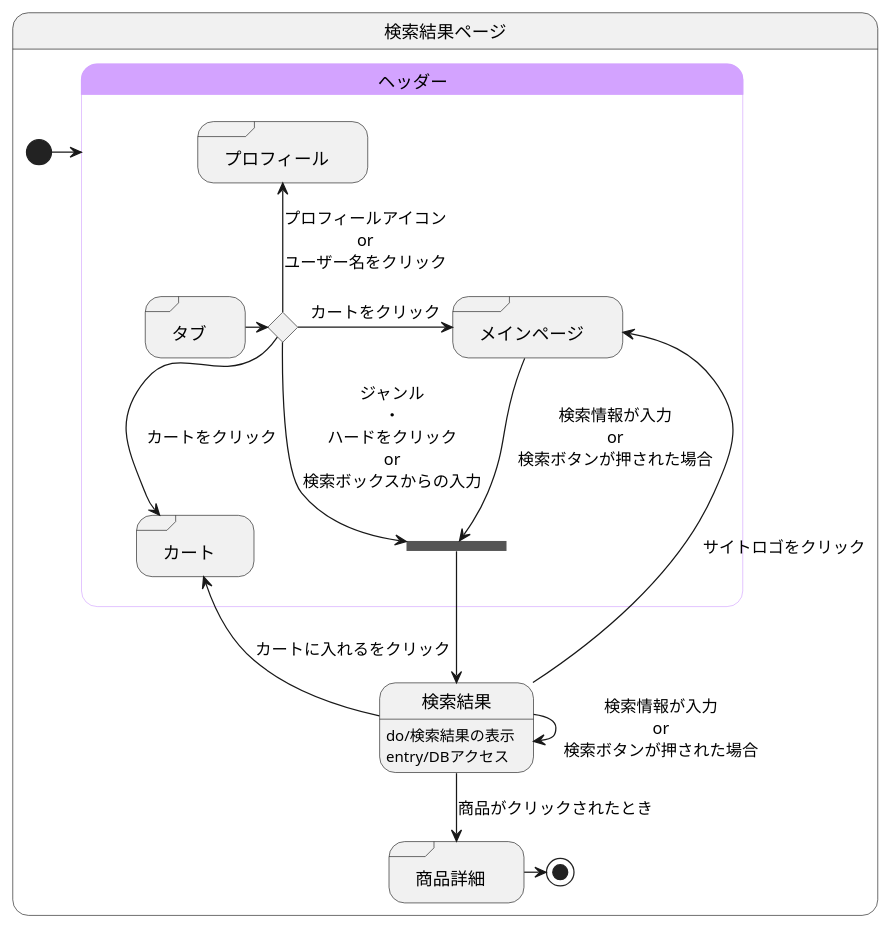
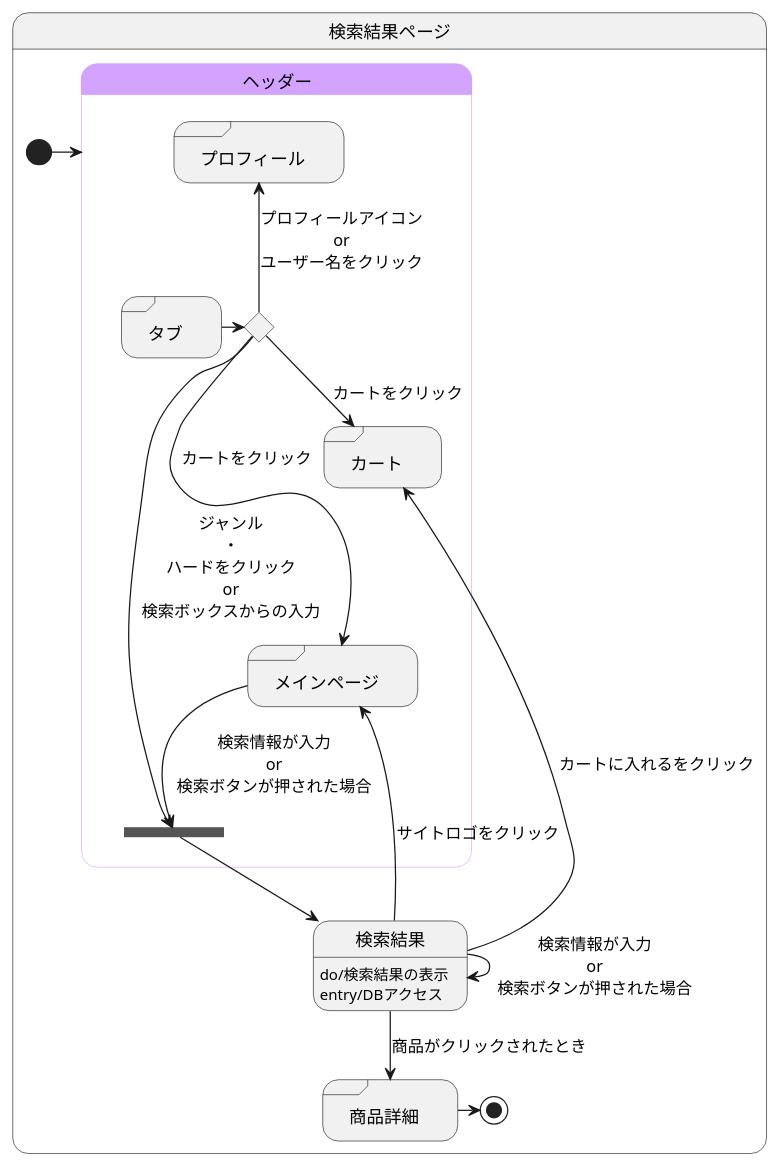
Before and after one commit to akutori/T-D-E: the diagram in 検索結果.md, drawn with PlantUML.

Commit message:
追記

````diff
--- a/検索結果.md
+++ b/検索結果.md
@@ -1,45 +1,45 @@
 ```uml
 @startuml
 state 検索結果ページ{
 
 
     state 検索結果:do/検索結果の表示
     state 検索結果:entry/DBアクセス
     state "商品詳細" as goodsdetail <<sdlreceive>>
     
 
 
     [*] -> ヘッダー
     
     検索結果 --> goodsdetail :商品がクリックされたとき
     検索結果 --> 検索結果 :検索情報が入力\nor\n検索ボタンが押された場合
     goodsdetail -> [*]
     
 
     state ヘッダー<<headder>>{
         state join_header <<join>>
         state ifinput <<choice>>
         state "タブ" as tab <<sdlreceive>>
         state "カート" as cart <<sdlreceive>>
         state "プロフィール" as profile <<sdlreceive>>
         state "メインページ" as mainpage <<sdlreceive>>
 
         tab -> ifinput 
         ifinput --> cart :カートをクリック
         ifinput -up-> profile :プロフィールアイコン\nor\nユーザー名をクリック
-        ifinput -> mainpage :カートをクリック
+        ifinput ---> mainpage :カートをクリック
         ifinput --> join_header :ジャンル\n・\nハードをクリック\nor\n検索ボックスからの入力
 
         mainpage --> join_header :検索情報が入力\nor\n検索ボタンが押された場合
         検索結果 -up-> mainpage :サイトロゴをクリック
         join_header --> 検索結果
         検索結果 -left-> cart : カートに入れるをクリック
     }
 
     skinparam stateBorderColor<<headder>> #d3a3ff
     state ヘッダー #d3a3ff
 
 }
 
 @enduml
 ```
````
